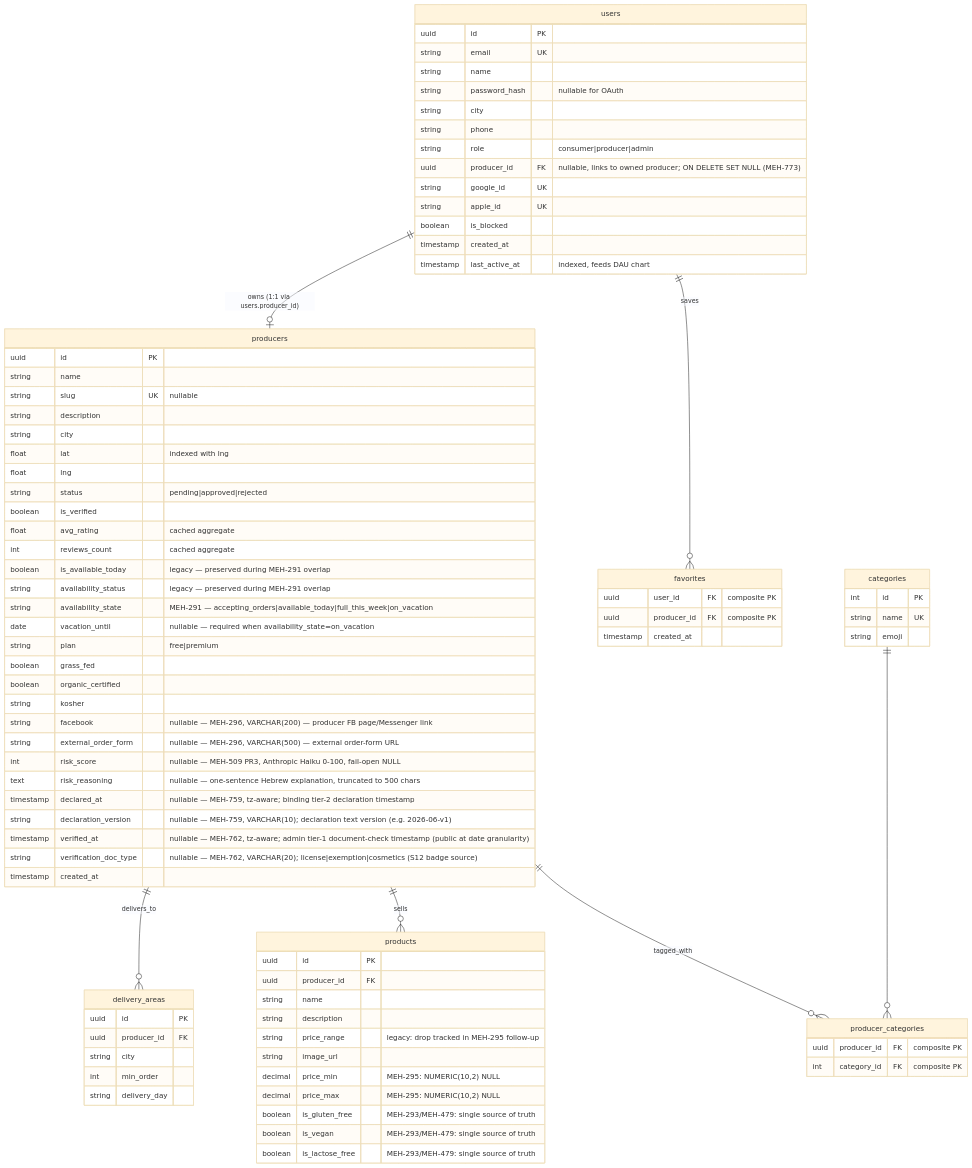
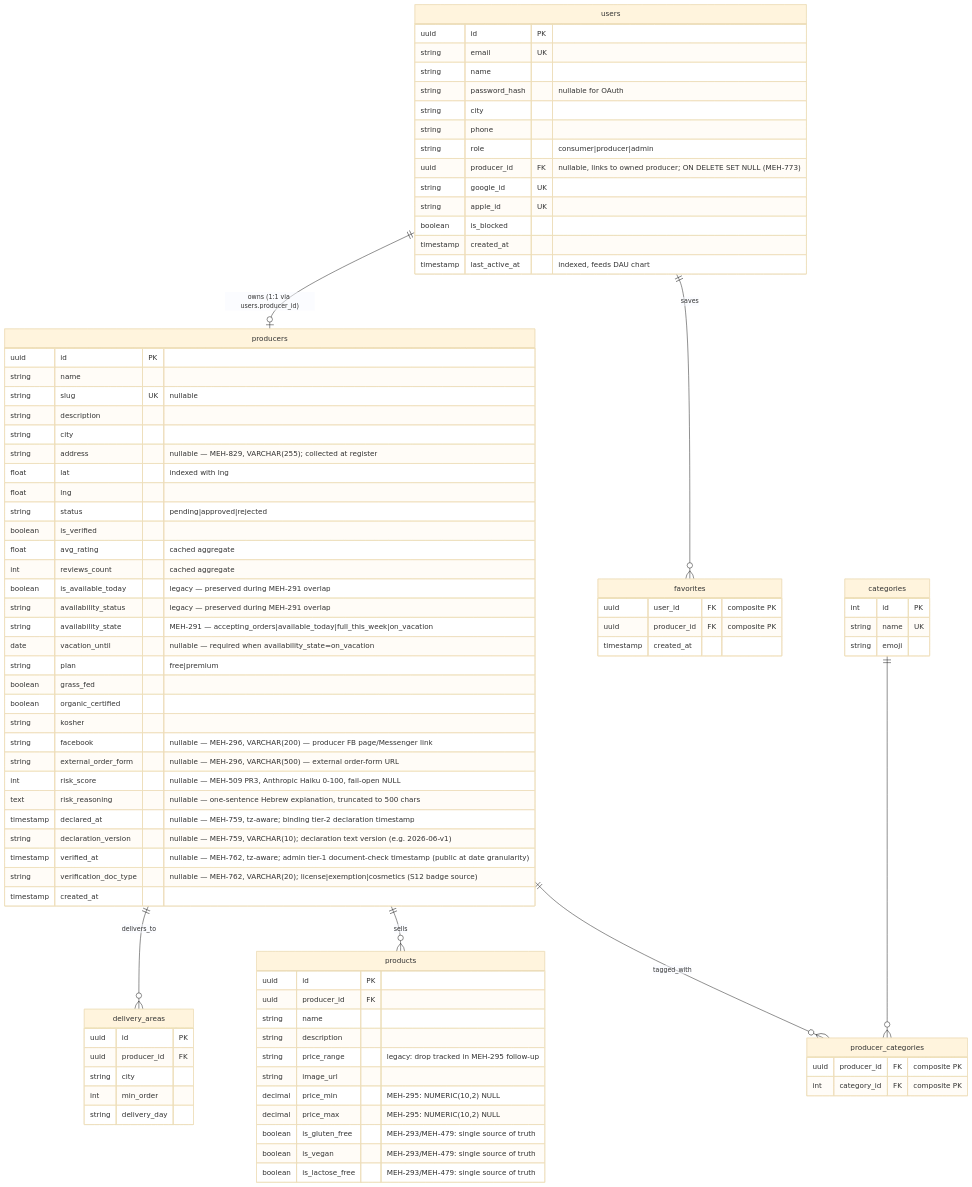
One commit to levismadar80-ship-it/FoodMamkor changed the first of 4 diagrams in .ai/diagrams/db-schema.md. Above: the diagram before and after it, drawn with Mermaid (base theme).

Commit message:
docs(db-schema): add address row to Producer block
Rule-12 doc-sync for the MEH-829 Producer.address column (live in code
since #1179, 50e71cf) — the ER diagram never gained the row. Rescued
from the stale, no-merge-base PR #1194.

Closes MEH-895

Claude-Session: https://claude.ai/code/session_016RRHF5x6wT18tPM8Hcgzit

```diff
--- a/.ai/diagrams/db-schema.md
+++ b/.ai/diagrams/db-schema.md
@@ -43,6 +43,7 @@
         string slug UK "nullable"
         string description
         string city
+        string address "nullable — MEH-829, VARCHAR(255); collected at register"
         float lat "indexed with lng"
         float lng
         string status "pending|approved|rejected"
```
